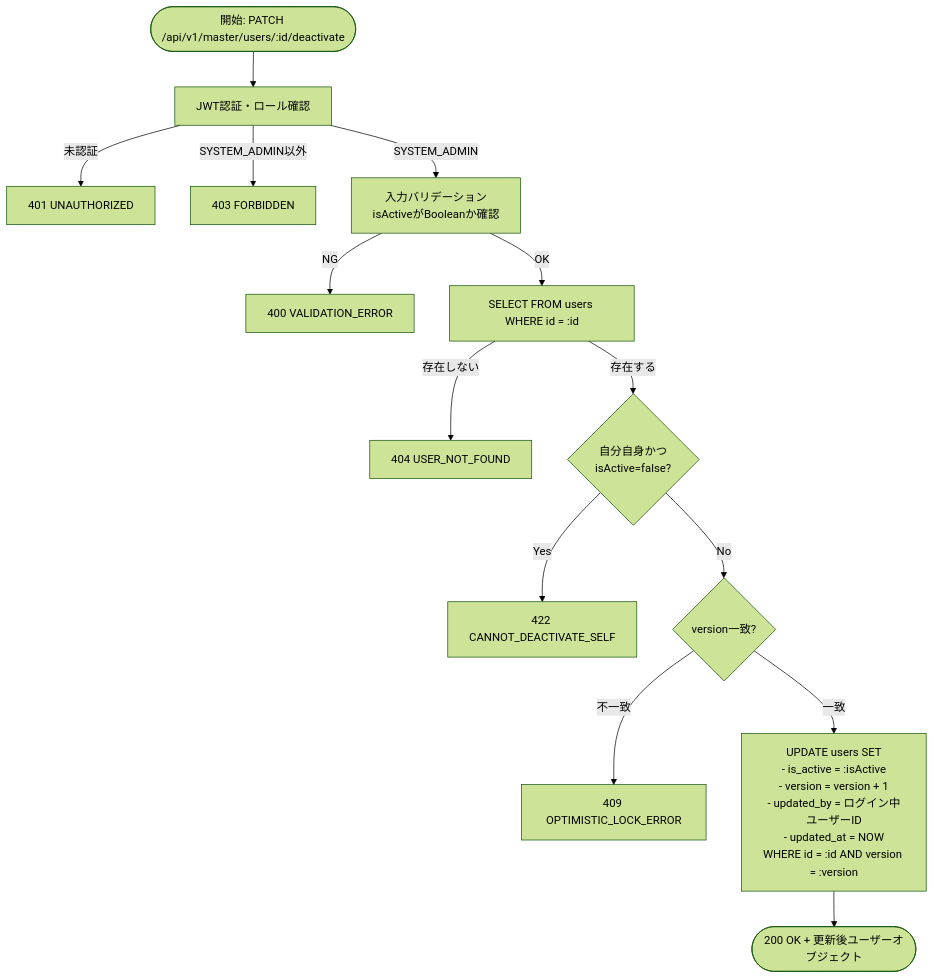
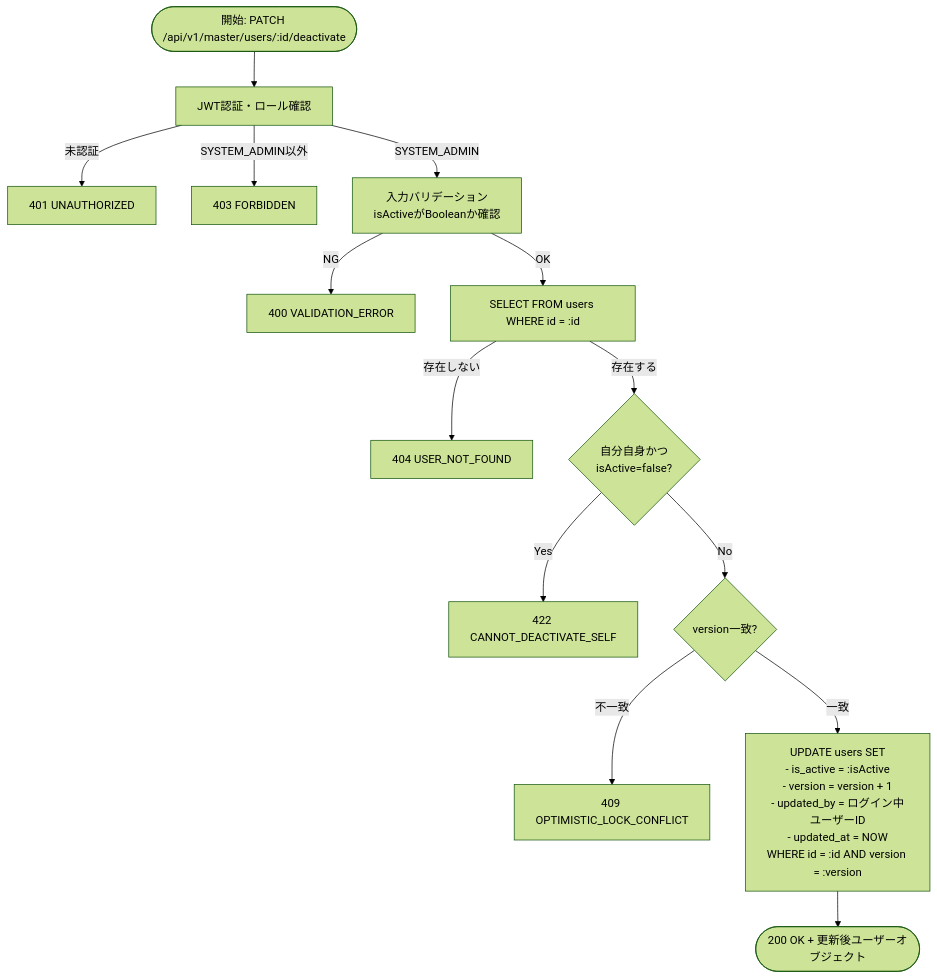
One commit to hidefumiagata/wms changed the fifth of 7 diagrams in docs/functional-design/API-05-master-user.md. Above: the diagram before and after it, drawn with Mermaid (forest theme). The commit also changed other lines of this file, not shown here.

First line of the commit message:
docs: 楽観的ロックエラーコードを OPTIMISTIC_LOCK_CONFLICT に統一 / Unify optimistic lock error code to OPTIMISTIC_LOCK_CONFLICT

````diff
--- a/docs/functional-design/API-05-master-user.md
+++ b/docs/functional-design/API-05-master-user.md
@@ -629,21 +629,21 @@
 ```mermaid
 flowchart TD
     START([開始: PATCH /api/v1/master/users/:id/deactivate]) --> AUTH[JWT認証・ロール確認]
     AUTH -->|未認証| ERR_401[401 UNAUTHORIZED]
     AUTH -->|SYSTEM_ADMIN以外| ERR_403[403 FORBIDDEN]
     AUTH -->|SYSTEM_ADMIN| VALIDATE[入力バリデーション\nisActiveがBooleanか確認]
 
     VALIDATE -->|NG| ERR_400[400 VALIDATION_ERROR]
     VALIDATE -->|OK| FETCH[SELECT FROM users WHERE id = :id]
 
     FETCH -->|存在しない| ERR_404[404 USER_NOT_FOUND]
     FETCH -->|存在する| CHK_SELF{自分自身かつ\nisActive=false?}
 
     CHK_SELF -->|Yes| ERR_422[422 CANNOT_DEACTIVATE_SELF]
     CHK_SELF -->|No| CHK_VERSION{version一致?}
 
-    CHK_VERSION -->|不一致| ERR_409[409 OPTIMISTIC_LOCK_ERROR]
+    CHK_VERSION -->|不一致| ERR_409[409 OPTIMISTIC_LOCK_CONFLICT]
     CHK_VERSION -->|一致| UPDATE["UPDATE users SET<br/>- is_active = :isActive<br/>- version = version + 1<br/>- updated_by = ログイン中ユーザーID<br/>- updated_at = NOW<br/>WHERE id = :id AND version = :version"]
 
     UPDATE --> END([200 OK + 更新後ユーザーオブジェクト])
 ```
````
